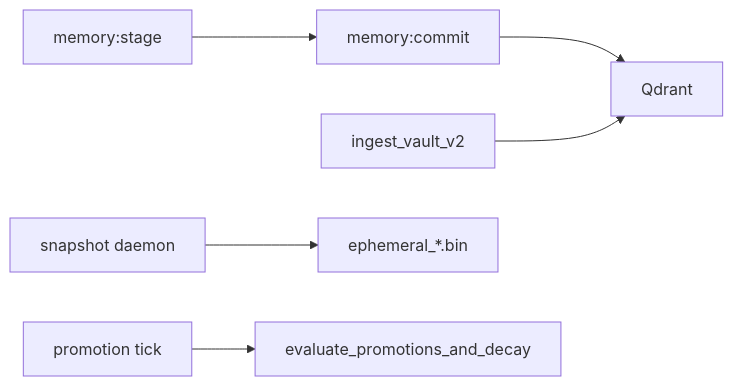
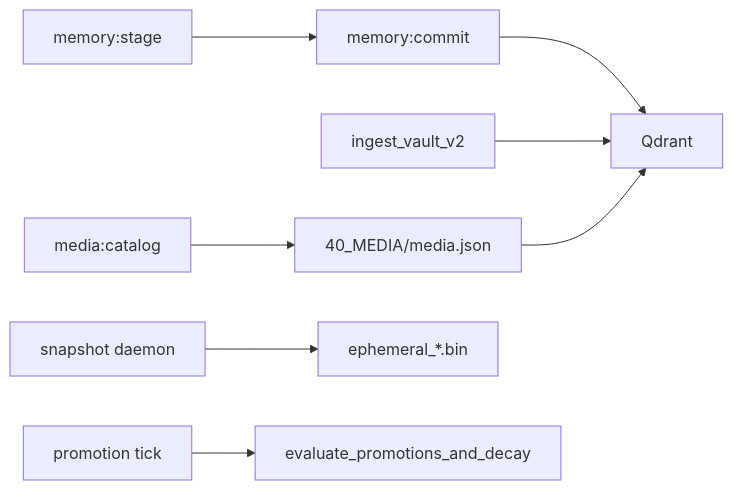
The diagram in docs/updated_architecture/04_MEMORY_SUBSYSTEM.md (janpauldahlke/eris), drawn with Mermaid before and after one commit. The commit also changed other lines of this file and 11 other files, not shown here.

````diff
--- a/docs/updated_architecture/04_MEMORY_SUBSYSTEM.md
+++ b/docs/updated_architecture/04_MEMORY_SUBSYSTEM.md
@@ -41,8 +53,10 @@
 ```mermaid
 flowchart LR
     ST["memory:stage"] --> CA["memory:commit"]
     CA --> Q["Qdrant"]
     ING["ingest_vault_v2"] --> Q
+    MC["media:catalog"] --> CARD["40_MEDIA/media.json"]
+    CARD --> Q
     SN["snapshot daemon"] --> BIN["ephemeral_*.bin"]
     PR["promotion tick"] --> EV["evaluate_promotions_and_decay"]
 ```
````
